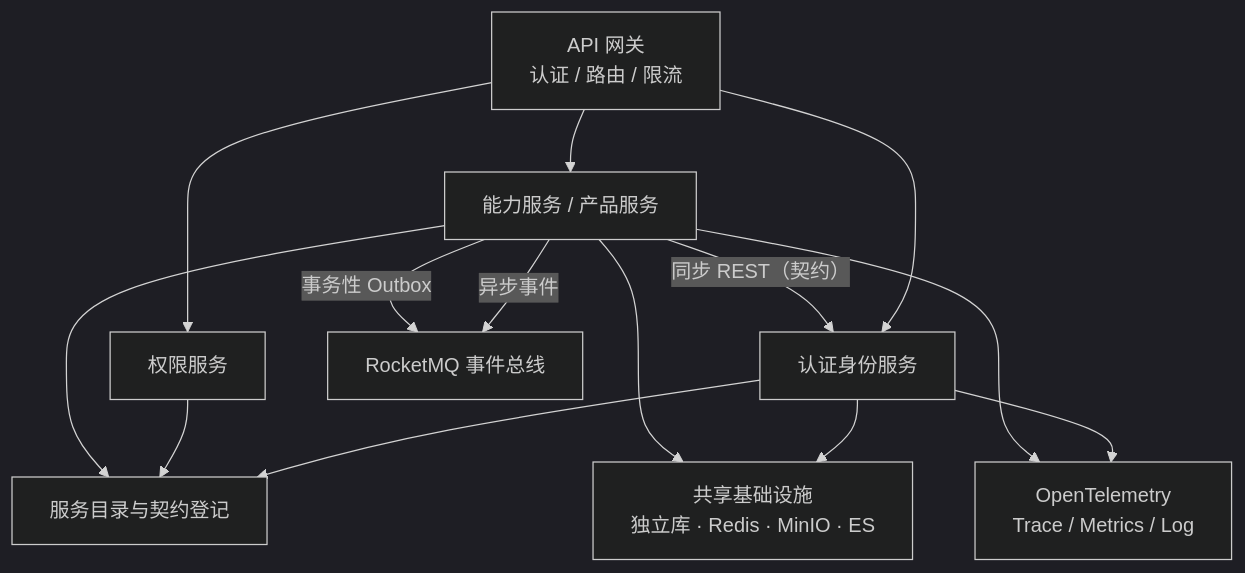
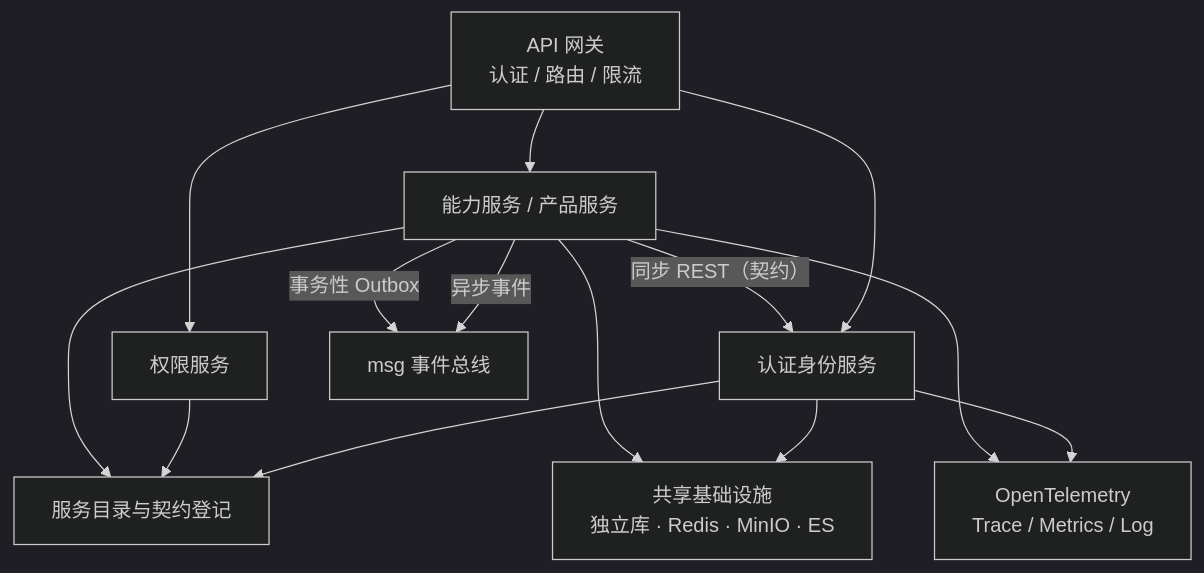
The second of 3 diagrams in bms文档/设计/架构设计/03_架构设计_总体架构.md (minjian123/basic-management-system), drawn with Mermaid (dark theme) before and after one commit. The commit also changed other lines of this file and 118 other files, not shown here.

````diff
--- a/bms文档/设计/架构设计/03_架构设计_总体架构.md
+++ b/bms文档/设计/架构设计/03_架构设计_总体架构.md
@@ -47,16 +47,16 @@
 ```mermaid
 flowchart TD
     GW["API 网关<br/>认证 / 路由 / 限流"] --> AUTH["认证身份服务"]
     GW --> PERM["权限服务"]
     GW --> BIZ["能力服务 / 产品服务"]
     AUTH --> CAT["服务目录与契约登记"]
     PERM --> CAT
     BIZ --> CAT
     BIZ -->|"同步 REST（契约）"| AUTH
-    BIZ -->|"异步事件"| MQ["RocketMQ 事件总线"]
+    BIZ -->|"异步事件"| MQ["msg 事件总线"]
     BIZ -->|"事务性 Outbox"| MQ
     AUTH --> INF["共享基础设施<br/>独立库 · Redis · MinIO · ES"]
     BIZ --> INF
     AUTH --> OBS["OpenTelemetry<br/>Trace / Metrics / Log"]
     BIZ --> OBS
 ```
````
